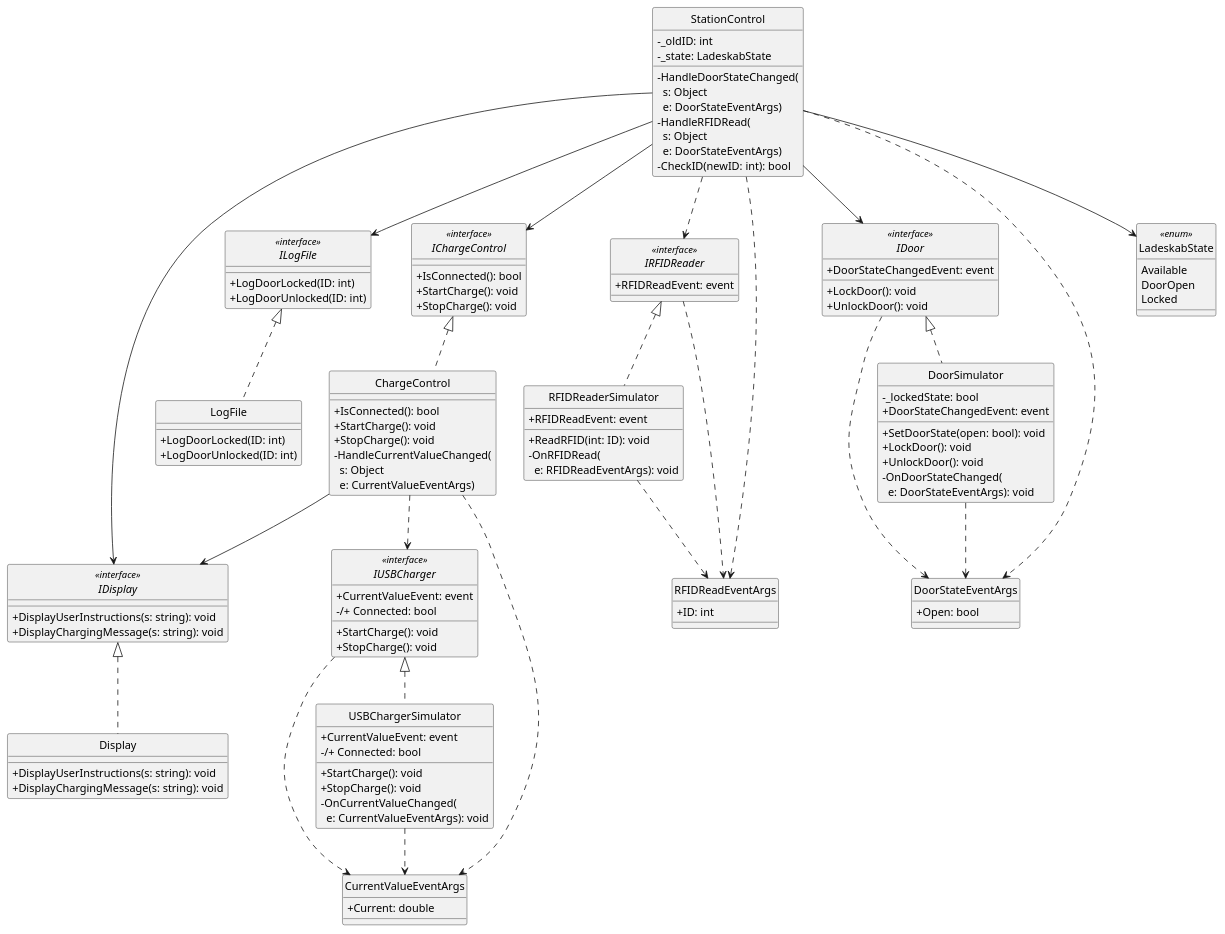
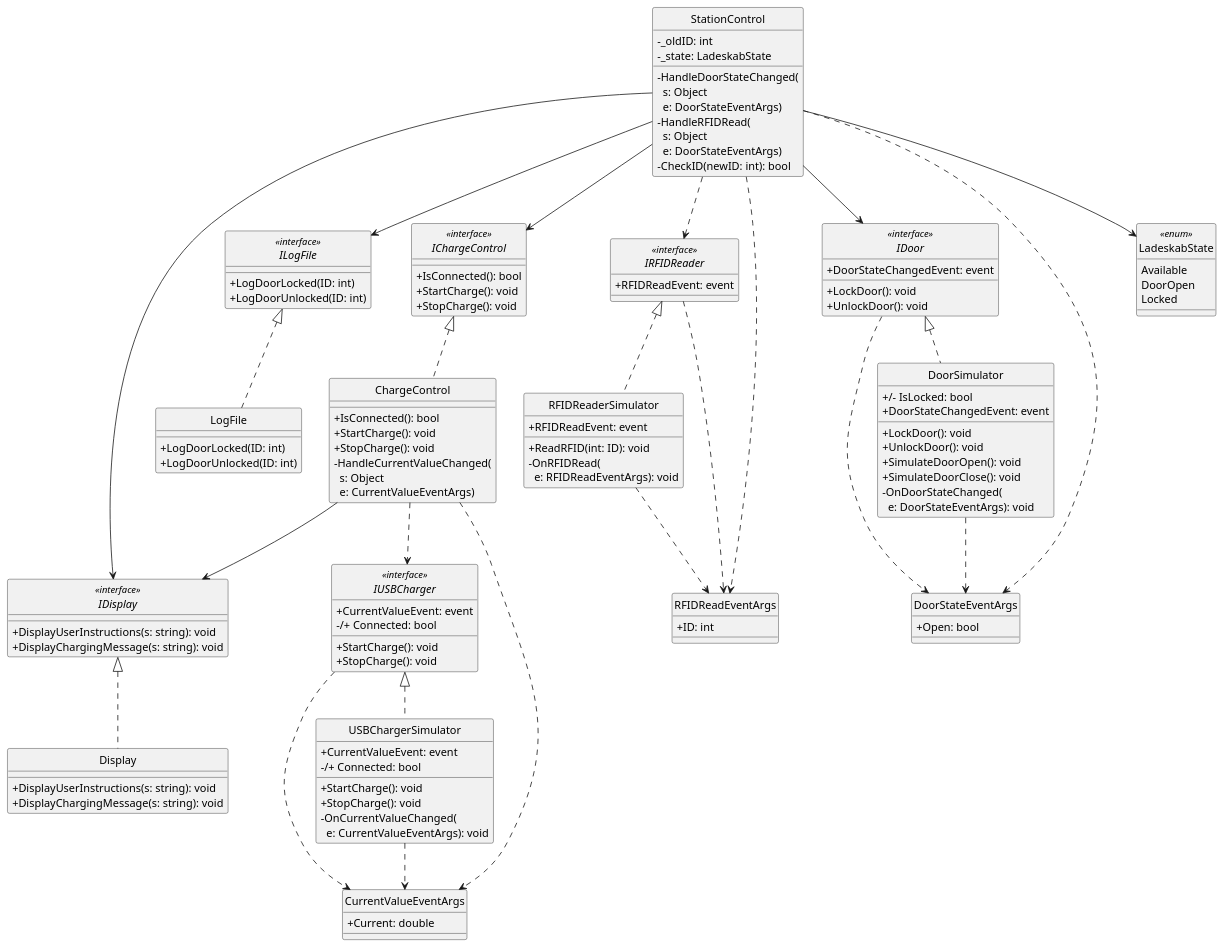
One commit to Yoda92/Aflevering2 changed the diagram in UML/ClassDiagram.puml. Above: the diagram before and after it, drawn with PlantUML. The commit also changed 2 other files, not shown here.

Commit message:
Added door and beginning of tests

```diff
--- a/UML/ClassDiagram.puml
+++ b/UML/ClassDiagram.puml
@@ -1,129 +1,130 @@
 @startuml
 hide circle
 skinparam classAttributeIconSize 0
 
 interface IDoor <<interface>> {
     + DoorStateChangedEvent: event
     + LockDoor(): void
     + UnlockDoor(): void
 }
 
 class DoorSimulator {
-    - _lockedState: bool
+    +/- IsLocked: bool
     + DoorStateChangedEvent: event
-    + SetDoorState(open: bool): void
     + LockDoor(): void
     + UnlockDoor(): void
+    + SimulateDoorOpen(): void
+    + SimulateDoorClose(): void
     - OnDoorStateChanged(\n  e: DoorStateEventArgs): void
 }
 
 class DoorStateEventArgs {
     + Open: bool
 }
 
 interface IRFIDReader <<interface>>{
     + RFIDReadEvent: event
 }
 
 class RFIDReaderSimulator {
     + RFIDReadEvent: event
     + ReadRFID(int: ID): void
     - OnRFIDRead(\n  e: RFIDReadEventArgs): void
 }
 
 class RFIDReadEventArgs {
     + ID: int
 }
 
 class StationControl {
     - _oldID: int
     - _state: LadeskabState
     - HandleDoorStateChanged(\n  s: Object\n  e: DoorStateEventArgs)
     - HandleRFIDRead(\n  s: Object\n  e: DoorStateEventArgs)
     - CheckID(newID: int): bool
 }
 
 enum LadeskabState <<enum>>{
     Available
     DoorOpen
     Locked
 }
 
 interface IUSBCharger <<interface>>{
     + CurrentValueEvent: event
     + StartCharge(): void
     + StopCharge(): void
     -/+ Connected: bool
 }
 
 class CurrentValueEventArgs {
     + Current: double
 }
 
 
 class USBChargerSimulator {
     + CurrentValueEvent: event
     + StartCharge(): void
     + StopCharge(): void
     - OnCurrentValueChanged(\n  e: CurrentValueEventArgs): void
     -/+ Connected: bool
 }
 
 interface IChargeControl <<interface>>{
     + IsConnected(): bool
     + StartCharge(): void
     + StopCharge(): void
 }
 
 class ChargeControl {
     + IsConnected(): bool
     + StartCharge(): void
     + StopCharge(): void
     - HandleCurrentValueChanged(\n  s: Object\n  e: CurrentValueEventArgs)
 }
 
 interface IDisplay <<interface>>{
     + DisplayUserInstructions(s: string): void
     + DisplayChargingMessage(s: string): void
 }
 
 class Display {
     + DisplayUserInstructions(s: string): void
     + DisplayChargingMessage(s: string): void
 }
 
 interface ILogFile <<interface>>{
     + LogDoorLocked(ID: int)
     + LogDoorUnlocked(ID: int)
 }
 
 class LogFile {
     + LogDoorLocked(ID: int)
     + LogDoorUnlocked(ID: int)
 }
 
 
 DoorSimulator .up.|> IDoor
 StationControl --> IDoor
 RFIDReaderSimulator .up.|> IRFIDReader
 RFIDReaderSimulator ..> RFIDReadEventArgs
 IRFIDReader ..> RFIDReadEventArgs
 StationControl ..> IRFIDReader
 USBChargerSimulator .up.|> IUSBCharger
 USBChargerSimulator ..> CurrentValueEventArgs
 IUSBCharger ..> CurrentValueEventArgs
 ChargeControl ..> IUSBCharger
 StationControl --> IChargeControl
 ChargeControl .up.|> IChargeControl
 LogFile .up.|> ILogFile
 StationControl --> ILogFile
 Display .up.|> IDisplay
 StationControl --> IDisplay
 ChargeControl --> IDisplay 
 StationControl --> LadeskabState
 StationControl ..> RFIDReadEventArgs
 StationControl ..> DoorStateEventArgs
 IDoor ..> DoorStateEventArgs
-DoorSimulator ..> DoorStateEventArgs
+DoorSimulator ..> DoorStateEventArgs 
 ChargeControl ..> CurrentValueEventArgs
 @enduml
```
